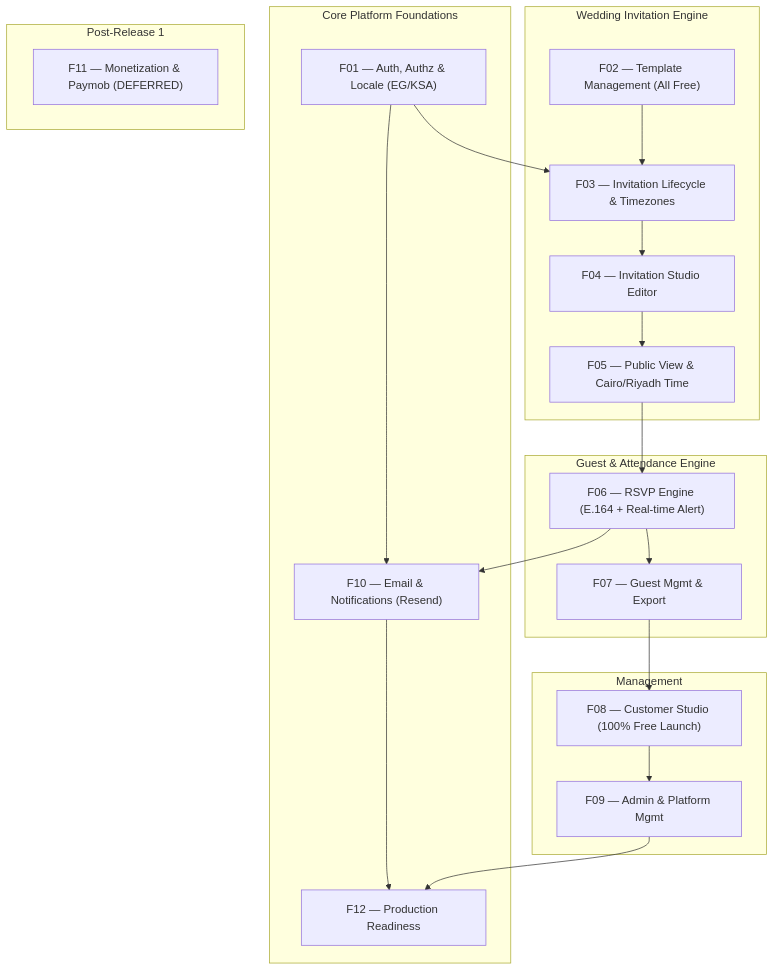
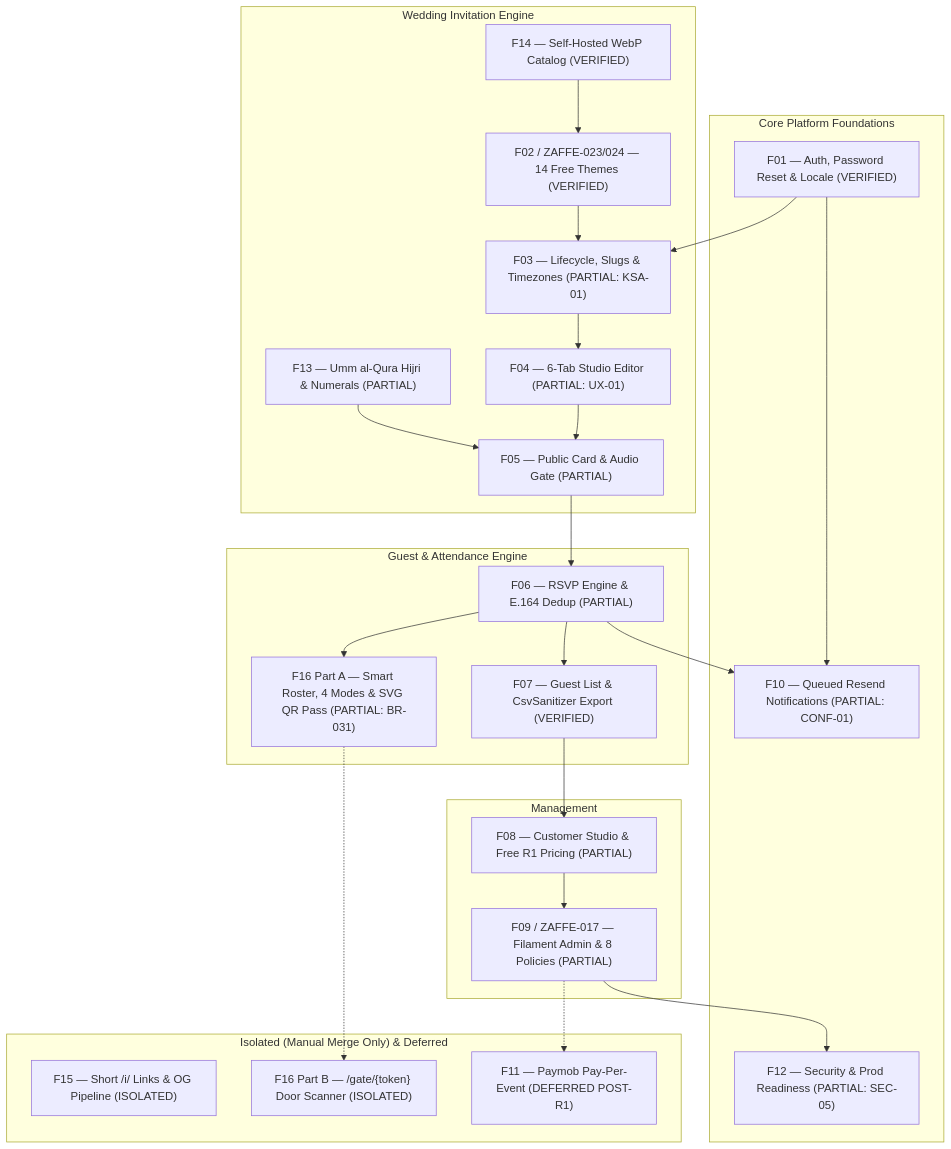
The diagram in docs/engineering/FEATURE_MAP.md (mohamedelbalooty/Zaffe), drawn with Mermaid before and after one commit. The commit also changed other lines of this file and 174 other files, not shown here.

````diff
--- a/docs/engineering/FEATURE_MAP.md
+++ b/docs/engineering/FEATURE_MAP.md
@@ -12,42 +12,45 @@
 ```mermaid
 graph TD
     subgraph CorePlatform["Core Platform Foundations"]
-        F01["F01 — Auth, Authz & Locale (EG/KSA)"]
-        F10["F10 — Email & Notifications (Resend)"]
-        F12["F12 — Production Readiness"]
+        F01["F01 — Auth, Password Reset & Locale (VERIFIED)"]
+        F10["F10 — Queued Resend Notifications (PARTIAL: CONF-01)"]
+        F12["F12 — Security & Prod Readiness (PARTIAL: SEC-05)"]
     end
 
     subgraph WeddingLifecycle["Wedding Invitation Engine"]
-        F02["F02 — Template Management (All Free)"]
-        F03["F03 — Invitation Lifecycle & Timezones"]
-        F04["F04 — Invitation Studio Editor"]
-        F05["F05 — Public View & Cairo/Riyadh Time"]
+        F02["F02 / ZAFFE-023/024 — 14 Free Themes (VERIFIED)"]
+        F14["F14 — Self-Hosted WebP Catalog (VERIFIED)"]
+        F03["F03 — Lifecycle, Slugs & Timezones (PARTIAL: KSA-01)"]
+        F04["F04 — 6-Tab Studio Editor (PARTIAL: UX-01)"]
+        F05["F05 — Public Card & Audio Gate (PARTIAL)"]
+        F13["F13 — Umm al-Qura Hijri & Numerals (PARTIAL)"]
     end
 
     subgraph GuestExperience["Guest & Attendance Engine"]
-        F06["F06 — RSVP Engine (E.164 + Real-time Alert)"]
-        F07["F07 — Guest Mgmt & Export"]
+        F06["F06 — RSVP Engine & E.164 Dedup (PARTIAL)"]
+        F07["F07 — Guest List & CsvSanitizer Export (VERIFIED)"]
+        F16A["F16 Part A — Smart Roster, 4 Modes & SVG QR Pass (PARTIAL: BR-031)"]
     end
 
     subgraph Administration["Management"]
-        F08["F08 — Customer Studio (100% Free Launch)"]
-        F09["F09 — Admin & Platform Mgmt"]
+        F08["F08 — Customer Studio & Free R1 Pricing (PARTIAL)"]
+        F09["F09 / ZAFFE-017 — Filament Admin & 8 Policies (PARTIAL)"]
     end
 
-    subgraph Deferred["Post-Release 1"]
-        F11["F11 — Monetization & Paymob (DEFERRED)"]
+    subgraph IsolatedAndDeferred["Isolated (Manual Merge Only) & Deferred"]
+        F15["F15 — Short /i/ Links & OG Pipeline (ISOLATED)"]
+        F16B["F16 Part B — /gate/{token} Door Scanner (ISOLATED)"]
+        F11["F11 — Paymob Pay-Per-Event (DEFERRED POST-R1)"]
     end
 
     F01 --> F10
     F01 --> F03
     F02 --> F03
-    F03 --> F04
-    F04 --> F05
-    F05 --> F06
+    F14 --> F02
+    F03 --> F04 --> F05 --> F06 --> F16A
+    F13 --> F05
     F06 --> F10
-    F06 --> F07
-    F07 --> F08
-    F08 --> F09
-    F10 --> F12
-    F09 --> F12
+    F06 --> F07 --> F08 --> F09 --> F12
+    F16A -.-> F16B
+    F09 -.-> F11
 ```
````
